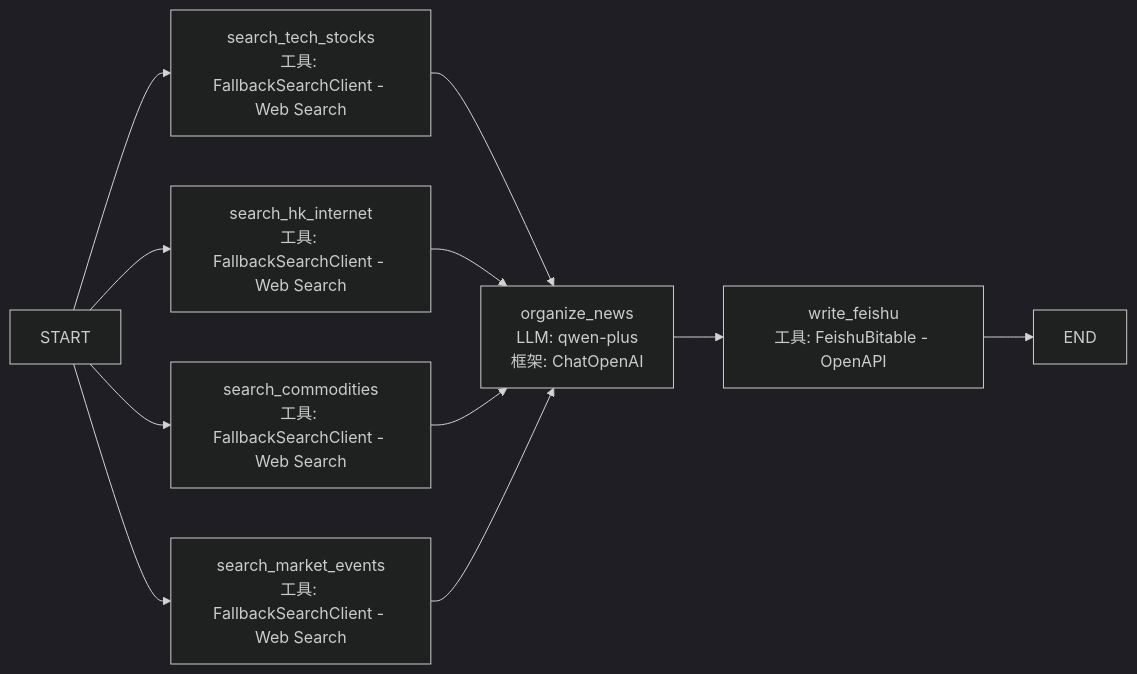
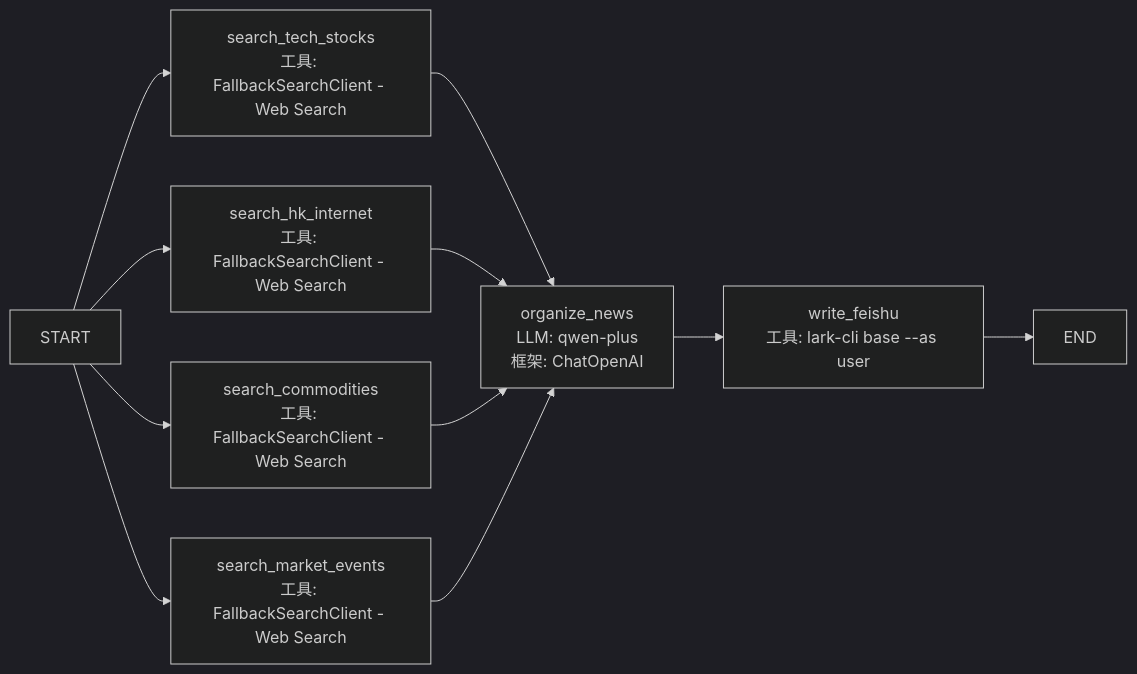
The diagram in README.md (TurkeyPro1025/SearchSMInfoWorkflow), drawn with Mermaid (dark theme) before and after one commit. The commit also changed other lines of this file and 34 other files, not shown here.

````diff
--- a/README.md
+++ b/README.md
@@ -49,15 +66,15 @@
 ```mermaid
 flowchart LR
     A["START"] --> B["search_tech_stocks<br/>工具: FallbackSearchClient - Web Search"]
     A --> C["search_hk_internet<br/>工具: FallbackSearchClient - Web Search"]
     A --> D["search_commodities<br/>工具: FallbackSearchClient - Web Search"]
     A --> E["search_market_events<br/>工具: FallbackSearchClient - Web Search"]
 
     B --> F["organize_news<br/>LLM: qwen-plus<br/>框架: ChatOpenAI"]
     C --> F
     D --> F
     E --> F
 
-    F --> G["write_feishu<br/>工具: FeishuBitable - OpenAPI"]
+    F --> G["write_feishu<br/>工具: lark-cli base --as user"]
     G --> H["END"]
 ```
````
